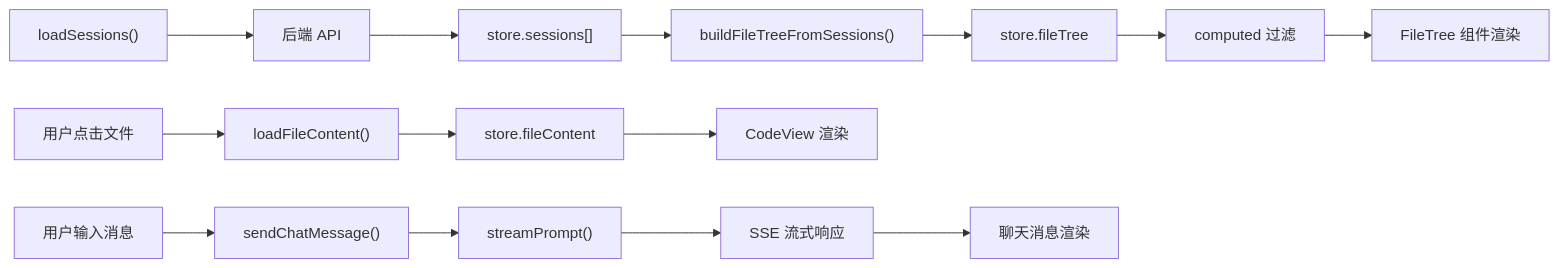
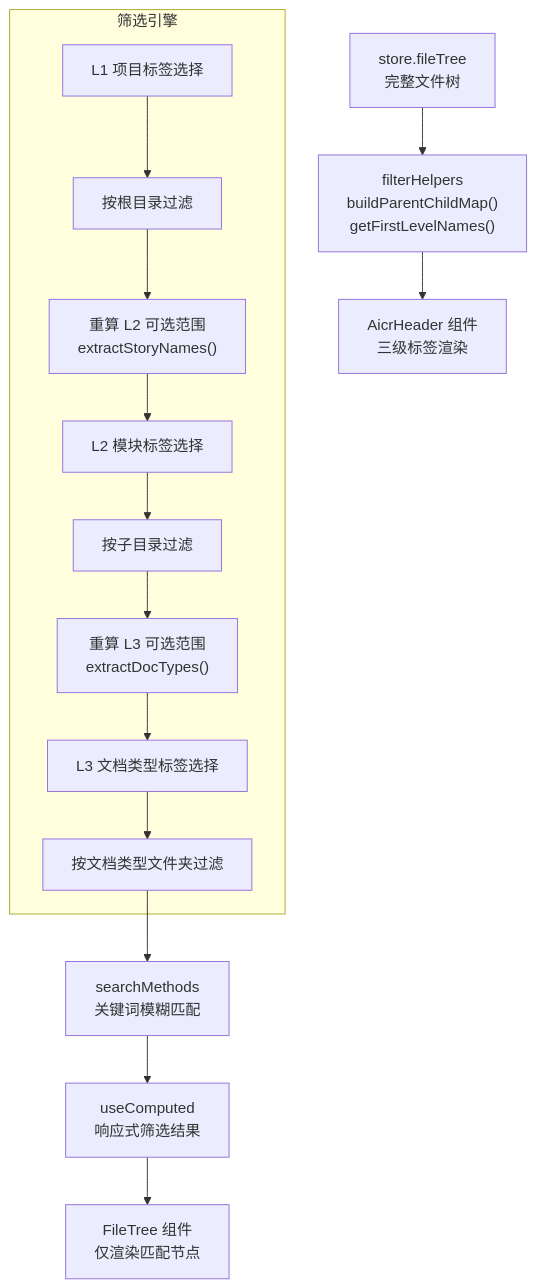
One commit to effiy/YiWeb changed the fifth of 12 diagrams in docs/故事任务面板/aicr/技术评审.md. Above: the diagram before and after it, drawn with Mermaid. The commit also changed other lines of this file and 7 other files, not shown here.

````diff
--- a/docs/故事任务面板/aicr/技术评审.md
+++ b/docs/故事任务面板/aicr/技术评审.md
@@ -53,18 +664,19 @@
 ```mermaid
-flowchart LR
-    LOAD["loadSessions()"] --> API["后端 API"]
-    API --> SESSIONS["store.sessions[]"]
-    SESSIONS --> BUILDTREE["buildFileTreeFromSessions()"]
-    BUILDTREE --> FILETREE["store.fileTree"]
-    FILETREE --> COMPUTED["computed 过滤"]
-    COMPUTED --> RENDER["FileTree 组件渲染"]
+flowchart TD
+    TREE["store.fileTree<br/>完整文件树"] --> META["filterHelpers<br/>buildParentChildMap()<br/>getFirstLevelNames()"]
+    META --> TAGS["AicrHeader 组件<br/>三级标签渲染"]
 
-    CLICK["用户点击文件"] --> LOADFILE["loadFileContent()"]
-    LOADFILE --> CONTENT["store.fileContent"]
-    CONTENT --> CODEVIEW["CodeView 渲染"]
+    subgraph 筛选引擎["筛选引擎"]
+        L1["L1 项目标签选择"] --> L1FILTER["按根目录过滤"]
+        L1FILTER --> L2STAT["重算 L2 可选范围<br/>extractStoryNames()"]
+        L2STAT --> L2["L2 模块标签选择"]
+        L2 --> L2FILTER["按子目录过滤"]
+        L2FILTER --> L3STAT["重算 L3 可选范围<br/>extractDocTypes()"]
+        L3STAT --> L3["L3 文档类型标签选择"]
+        L3 --> L3FILTER["按文档类型文件夹过滤"]
+    end
 
-    INPUT["用户输入消息"] --> SEND["sendChatMessage()"]
-    SEND --> STREAM["streamPrompt()"]
-    STREAM --> SSE["SSE 流式响应"]
-    SSE --> CHAT["聊天消息渲染"]
+    L3FILTER --> SEARCH["searchMethods<br/>关键词模糊匹配"]
+    SEARCH --> RESULT["useComputed<br/>响应式筛选结果"]
+    RESULT --> RENDER["FileTree 组件<br/>仅渲染匹配节点"]
 ```
````
